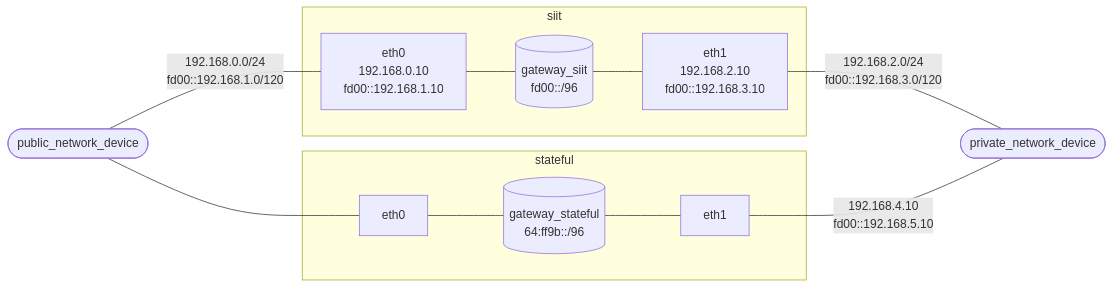
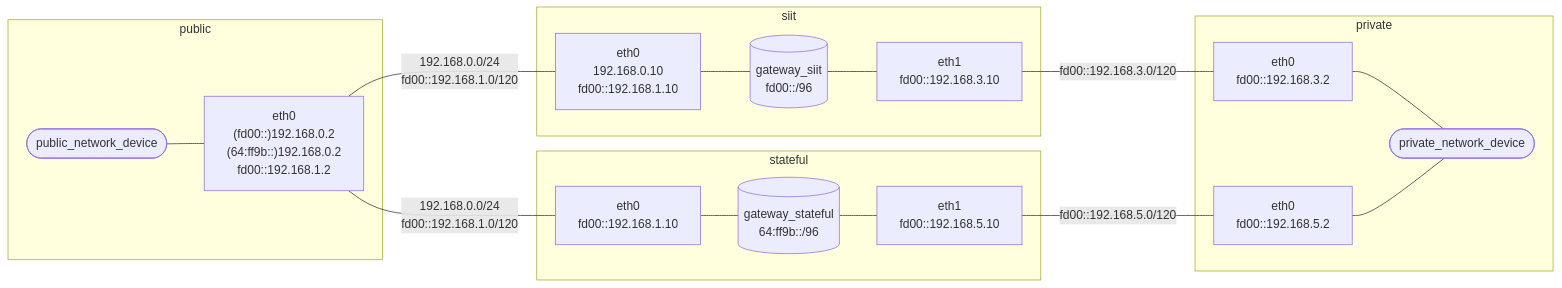
One commit to wuzhuobin/nat-test changed the diagram in README.md. Above: the diagram before and after it, drawn with Mermaid. The commit also changed other lines of this file and 6 other files, not shown here.

````diff
--- a/README.md
+++ b/README.md
@@ -17,23 +20,34 @@
 ```mermaid
 flowchart LR
   pub([public_network_device])
+  pub_eth0["eth0 \n (fd00::)192.168.0.2 \n (64:ff9b::)192.168.0.2 \n fd00::192.168.1.2"]
   siit_eth0[eth0 \n 192.168.0.10 \n fd00::192.168.1.10]
-  siit_eth1[eth1 \n 192.168.2.10 \n fd00::192.168.3.10]
+  siit_eth1[eth1 \n fd00::192.168.3.10]
   gateway_siit[(gateway_siit \n fd00::/96)]
   pri([private_network_device])
   gateway_stateful[(gateway_stateful \n 64:ff9b::/96)]
-  stateful_eth0[eth0]
-  stateful_eth1[eth1]
-  pub -- 192.168.0.0/24 \n fd00::192.168.1.0/120 --- siit_eth0
+  stateful_eth0[eth0 \n fd00::192.168.1.10]
+  stateful_eth1[eth1 \n fd00::192.168.5.10]
+  pri_eth0[eth0 \n fd00::192.168.3.2]
+  pri_eth1[eth0 \n fd00::192.168.5.2]
+
+  subgraph public
+    pub --- pub_eth0
+  end
+  pub_eth0 -- 192.168.0.0/24 \n fd00::192.168.1.0/120 --- siit_eth0
   subgraph siit
     siit_eth0 --- gateway_siit
     gateway_siit --- siit_eth1
   end
-  siit_eth1 -- 192.168.2.0/24 \n fd00::192.168.3.0/120 --- pri
-  pub --- stateful_eth0
+  pub_eth0 -- 192.168.0.0/24 \n fd00::192.168.1.0/120 --- stateful_eth0
   subgraph stateful
     stateful_eth0 --- gateway_stateful
     gateway_stateful --- stateful_eth1
   end
-  stateful_eth1 -- 192.168.4.10 \n fd00::192.168.5.10 --- pri
+  siit_eth1 -- fd00::192.168.3.0/120 --- pri_eth0
+  stateful_eth1 -- fd00::192.168.5.0/120 --- pri_eth1
+  subgraph private
+    pri_eth0 --- pri
+    pri_eth1 --- pri
+  end
 ```
````
